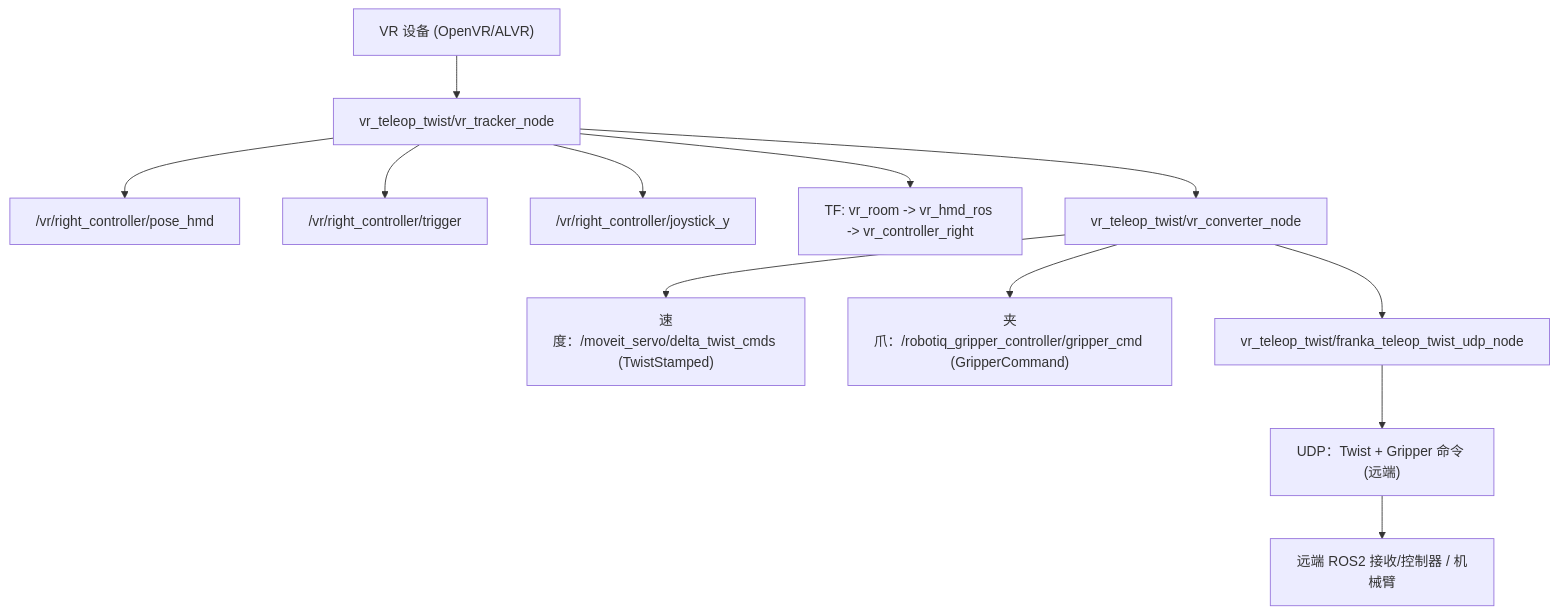
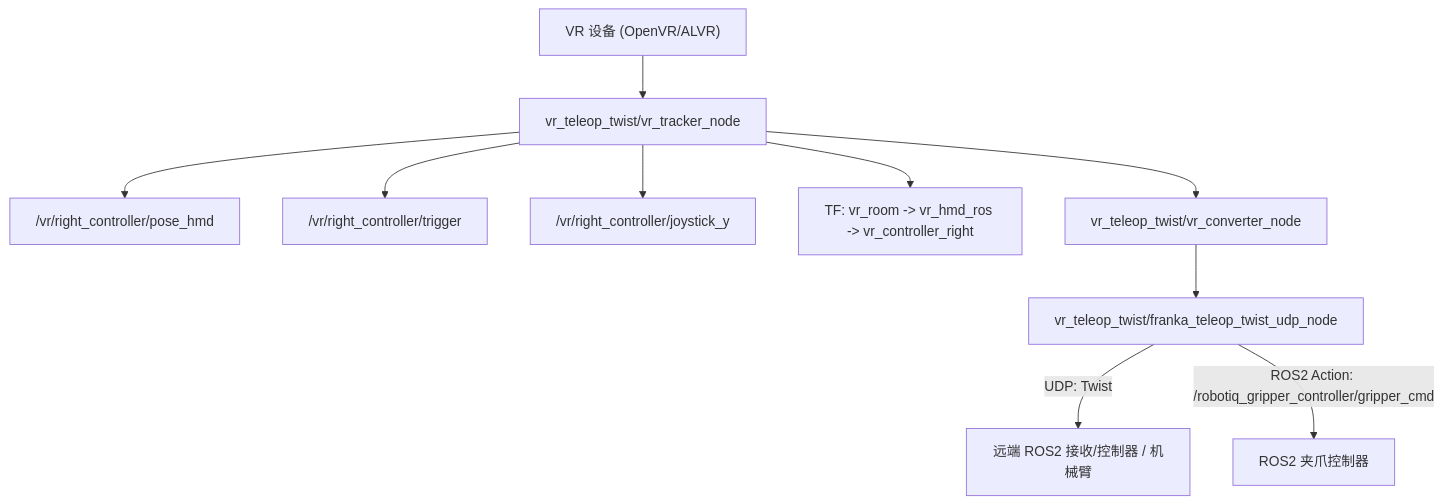
Before and after one commit to Daisywait/VR_teleop: the second of 2 diagrams in README.md, drawn with Mermaid. The commit also changed other lines of this file, not shown here.

Commit message:
修改链路图逻辑

````diff
--- a/README.md
+++ b/README.md
@@ -94,14 +93,12 @@
 ```mermaid
 flowchart TD
   A["VR 设备 (OpenVR/ALVR)"] --> B["vr_teleop_twist/vr_tracker_node"]
   B --> B1["/vr/right_controller/pose_hmd"]
   B --> B2["/vr/right_controller/trigger"]
   B --> B3["/vr/right_controller/joystick_y"]
   B --> B4["TF: vr_room -> vr_hmd_ros -> vr_controller_right"]
   B --> C["vr_teleop_twist/vr_converter_node"]
-  C --> C1["速度：/moveit_servo/delta_twist_cmds (TwistStamped)"]
-  C --> C2["夹爪：/robotiq_gripper_controller/gripper_cmd (GripperCommand)"]
   C --> U["vr_teleop_twist/franka_teleop_twist_udp_node"]
-  U --> U1["UDP：Twist + Gripper 命令 (远端)"]
-  U1 --> R["远端 ROS2 接收/控制器 / 机械臂"]
+  U -->|UDP: Twist| U1["远端 ROS2 接收/控制器 / 机械臂"]
+  U -->|ROS2 Action: /robotiq_gripper_controller/gripper_cmd| G["ROS2 夹爪控制器"]
 ```
````
